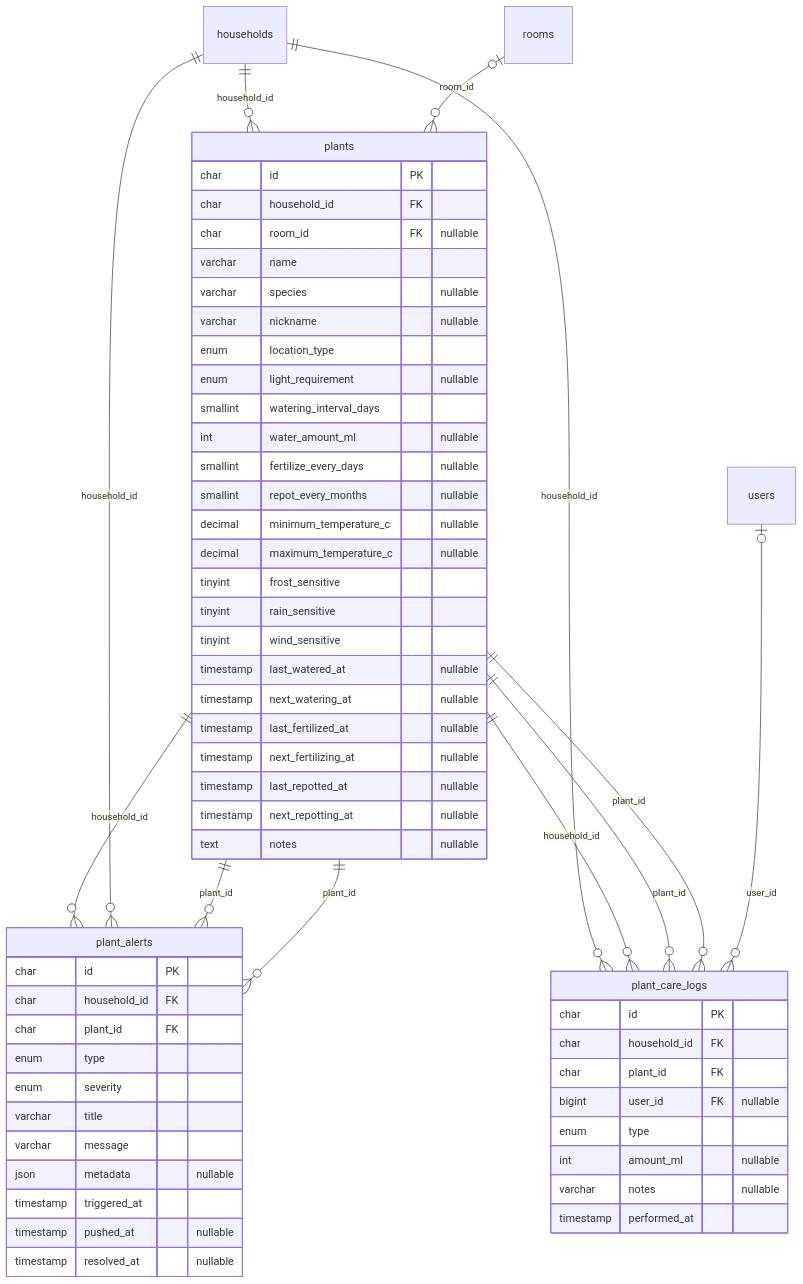
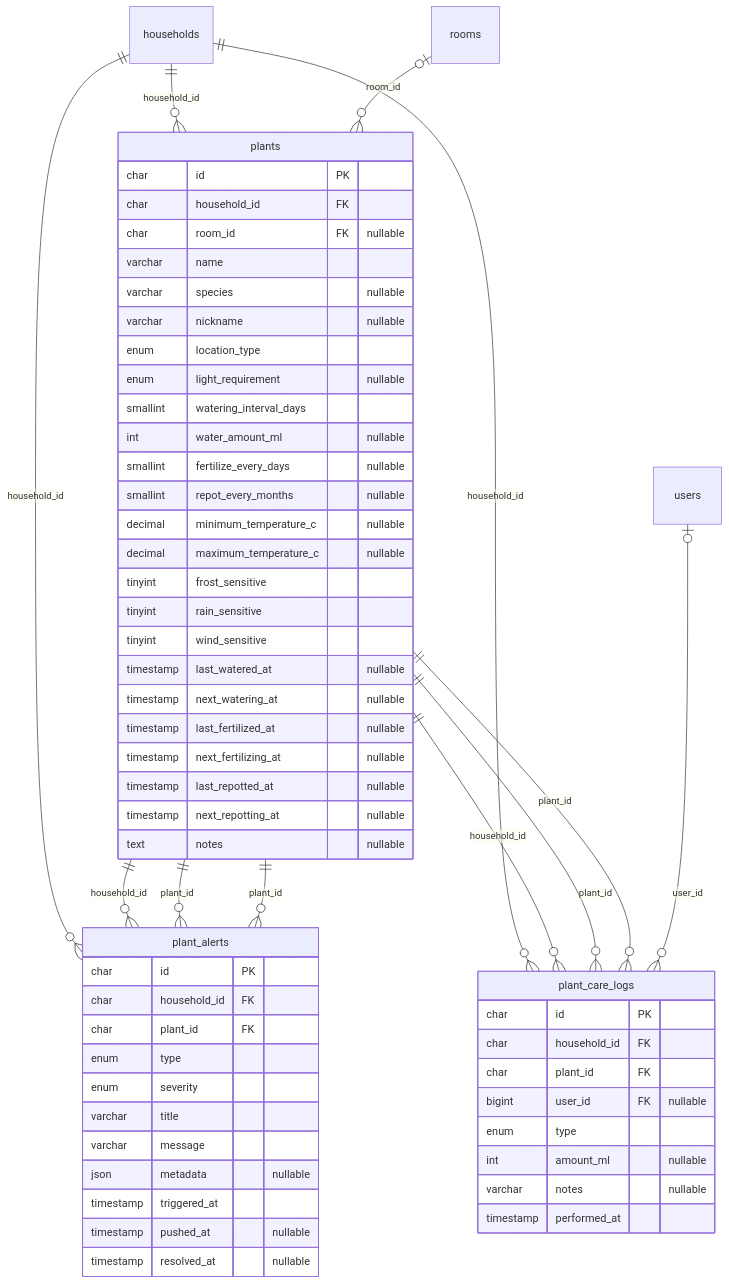
One commit to kgiannopoulou/home-helper-api changed the sixth of 13 diagrams in docs/database.md. Above: the diagram before and after it, drawn with Mermaid. The commit also changed other lines of this file and 10 other files, not shown here.

````diff
--- a/docs/database.md
+++ b/docs/database.md
@@ -309,63 +315,63 @@
 ```mermaid
 erDiagram
     plants {
         char id PK
         char household_id FK
         char room_id FK "nullable"
         varchar name
         varchar species "nullable"
         varchar nickname "nullable"
         enum location_type
         enum light_requirement "nullable"
         smallint watering_interval_days
         int water_amount_ml "nullable"
         smallint fertilize_every_days "nullable"
         smallint repot_every_months "nullable"
         decimal minimum_temperature_c "nullable"
         decimal maximum_temperature_c "nullable"
         tinyint frost_sensitive
         tinyint rain_sensitive
         tinyint wind_sensitive
         timestamp last_watered_at "nullable"
         timestamp next_watering_at "nullable"
         timestamp last_fertilized_at "nullable"
         timestamp next_fertilizing_at "nullable"
         timestamp last_repotted_at "nullable"
         timestamp next_repotting_at "nullable"
         text notes "nullable"
     }
     plant_care_logs {
         char id PK
         char household_id FK
         char plant_id FK
         bigint user_id FK "nullable"
         enum type
         int amount_ml "nullable"
         varchar notes "nullable"
         timestamp performed_at
     }
     plant_alerts {
         char id PK
         char household_id FK
         char plant_id FK
         enum type
         enum severity
         varchar title
         varchar message
         json metadata "nullable"
         timestamp triggered_at
         timestamp pushed_at "nullable"
         timestamp resolved_at "nullable"
     }
+    households ||--o{ plant_alerts : "household_id"
     plants ||--o{ plant_alerts : "household_id"
-    households ||--o{ plant_alerts : "household_id"
     plants ||--o{ plant_alerts : "plant_id"
     plants ||--o{ plant_alerts : "plant_id"
     households ||--o{ plant_care_logs : "household_id"
     plants ||--o{ plant_care_logs : "household_id"
     plants ||--o{ plant_care_logs : "plant_id"
     plants ||--o{ plant_care_logs : "plant_id"
     users |o--o{ plant_care_logs : "user_id"
     households ||--o{ plants : "household_id"
     rooms |o--o{ plants : "room_id"
 ```
````
